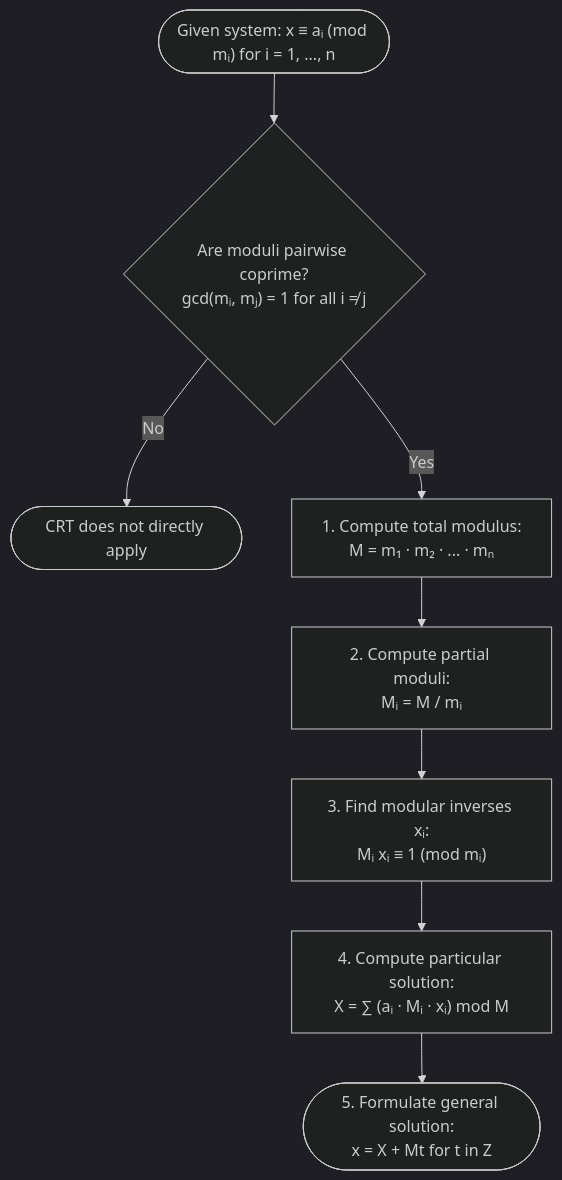
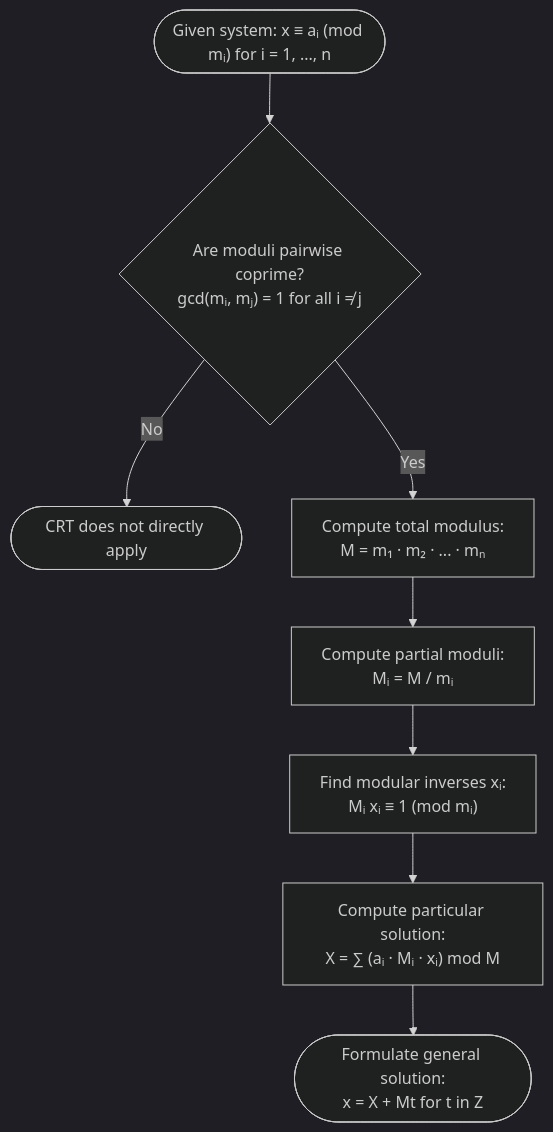
Before and after one commit to aidocmr/learn-bscs: the diagram in content/Year 1/Number Theory/8. Chinese Remainder Theorem.md, drawn with Mermaid (dark theme). The commit also changed 20 other files, not shown here.

First line of the commit message:
fix: Remove markdown lists and numbered prefixes from all Mermaid diagrams

````diff
--- a/content/Year 1/Number Theory/8. Chinese Remainder Theorem.md
+++ b/content/Year 1/Number Theory/8. Chinese Remainder Theorem.md
@@ -189,10 +189,10 @@
 ```mermaid
 flowchart TD
     Start(["Given system: x ≡ aᵢ (mod mᵢ) for i = 1, ..., n"]) --> Check{"Are moduli pairwise coprime?<br/>gcd(mᵢ, mⱼ) = 1 for all i ≠ j"}
     Check -- "No" --> NonCoprime(["CRT does not directly apply"])
-    Check -- "Yes" --> Modulus["1. Compute total modulus:<br/>M = m₁ · m₂ · ... · mₙ"]
-    Modulus --> PartialMod["2. Compute partial moduli:<br/>Mᵢ = M / mᵢ"]
-    PartialMod --> Inverses["3. Find modular inverses xᵢ:<br/>Mᵢ xᵢ ≡ 1 (mod mᵢ)"]
-    Inverses --> Combine["4. Compute particular solution:<br/>X = ∑ (aᵢ · Mᵢ · xᵢ) mod M"]
-    Combine --> GenSol(["5. Formulate general solution:<br/>x = X + Mt for t in Z"])
+    Check -- "Yes" --> Modulus["Compute total modulus:<br/>M = m₁ · m₂ · ... · mₙ"]
+    Modulus --> PartialMod["Compute partial moduli:<br/>Mᵢ = M / mᵢ"]
+    PartialMod --> Inverses["Find modular inverses xᵢ:<br/>Mᵢ xᵢ ≡ 1 (mod mᵢ)"]
+    Inverses --> Combine["Compute particular solution:<br/>X = ∑ (aᵢ · Mᵢ · xᵢ) mod M"]
+    Combine --> GenSol(["Formulate general solution:<br/>x = X + Mt for t in Z"])
 ```
````
